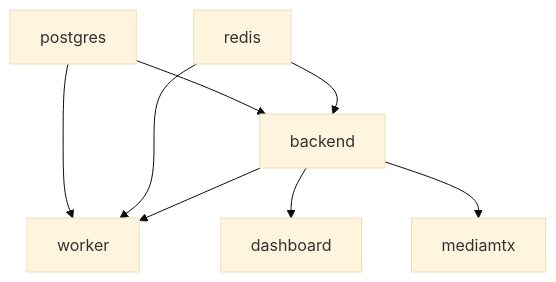
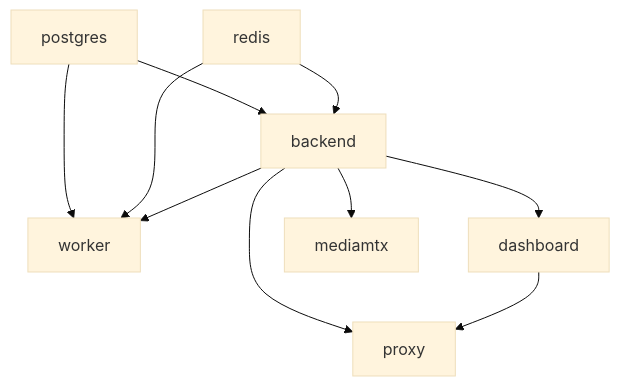
One commit to ego-flow/ego-flow-server changed the diagram in docs/03. project_runtime.md. Above: the diagram before and after it, drawn with Mermaid (base theme). The commit also changed other lines of this file and 18 other files, not shown here.

````diff
--- a/docs/03. project_runtime.md
+++ b/docs/03. project_runtime.md
@@ -7,17 +9,20 @@
 ```mermaid
 flowchart TD
     Postgres["postgres"]
     Redis["redis"]
     Backend["backend"]
     Worker["worker"]
     Dashboard["dashboard"]
+    Proxy["proxy"]
     MediaMTX["mediamtx"]
 
     Postgres --> Backend
     Postgres --> Worker
     Redis --> Backend
     Redis --> Worker
     Backend --> Worker
     Backend --> Dashboard
+    Backend --> Proxy
+    Dashboard --> Proxy
     Backend --> MediaMTX
 ```
````
